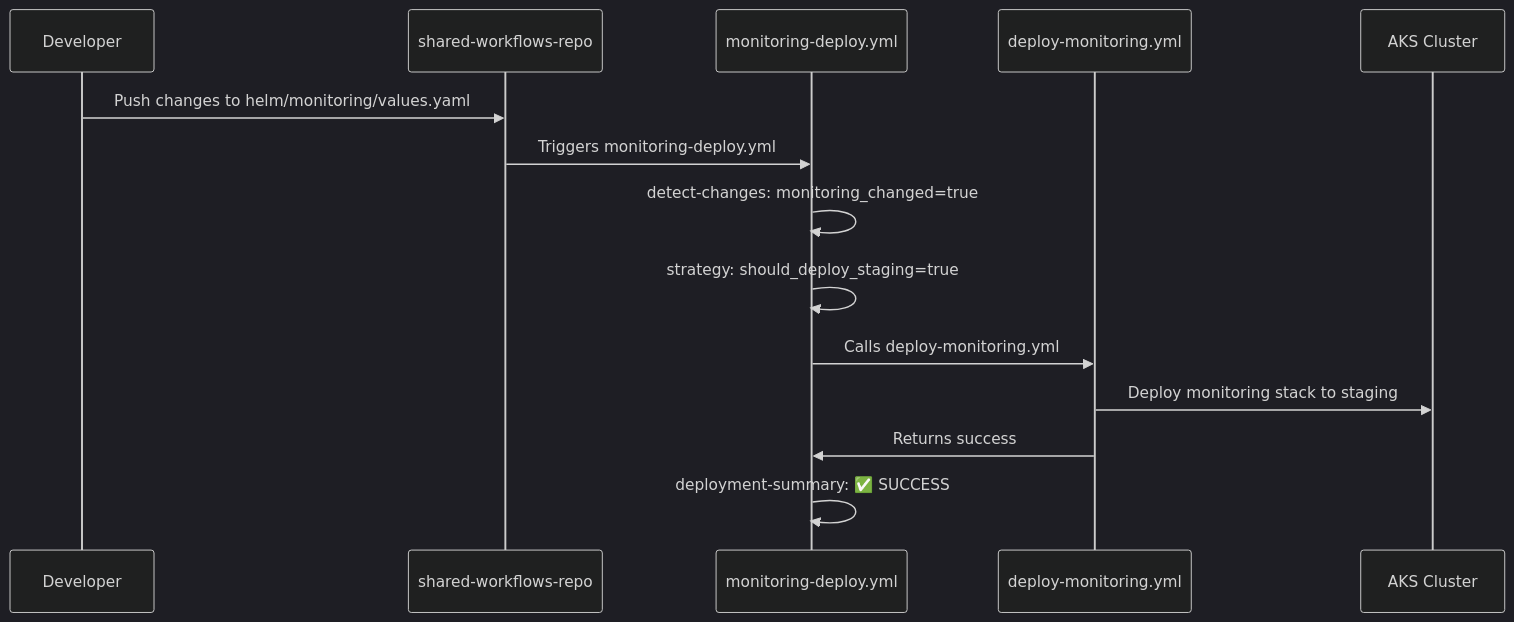
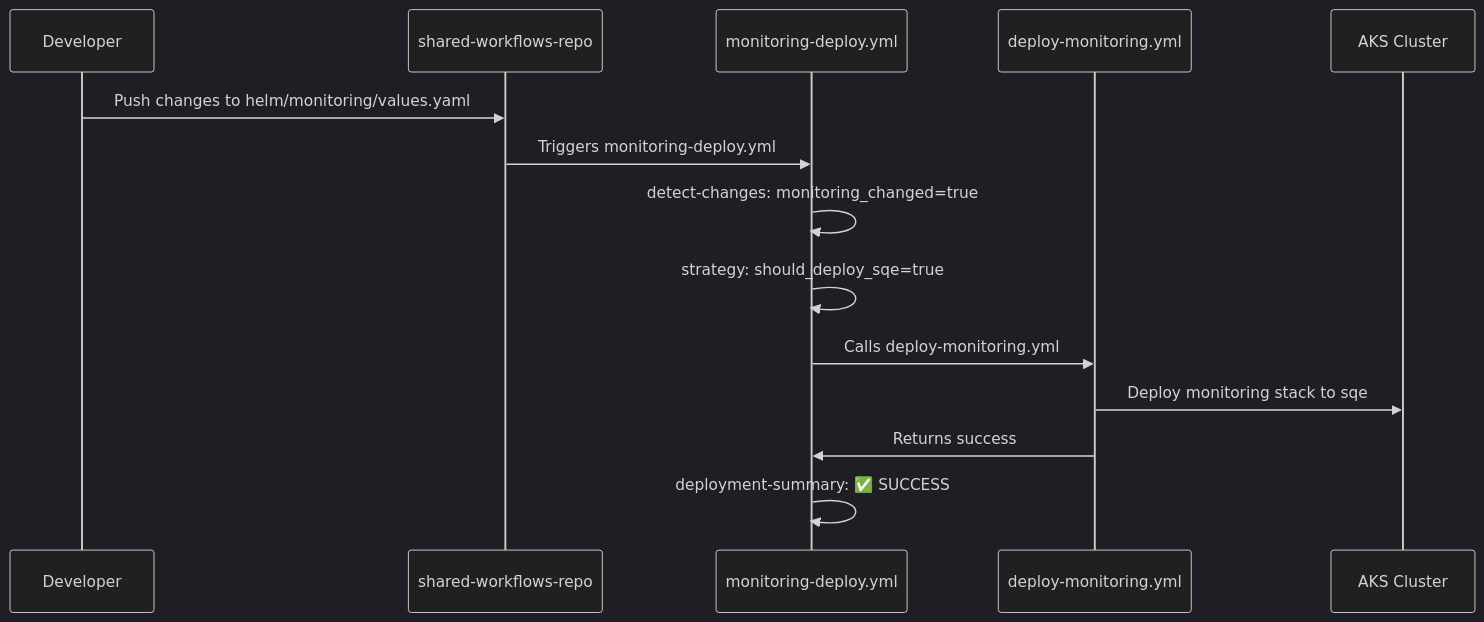
Diagram 12 of 16 in docs/DEPLOYMENT_FLOWS_GUIDE.md (abhiksd/shared-workflows-testing), drawn with Mermaid (dark theme) before and after one commit. The commit also changed other lines of this file and 53 other files, not shown here.

First line of the commit message:
Comprehensive migration: Change staging to sqe across entire codebase

````diff
--- a/docs/DEPLOYMENT_FLOWS_GUIDE.md
+++ b/docs/DEPLOYMENT_FLOWS_GUIDE.md
@@ -570,17 +570,17 @@
 ```mermaid
 sequenceDiagram
     participant Dev as Developer
     participant Shared as shared-workflows-repo
     participant Monitor as monitoring-deploy.yml
     participant Deploy as deploy-monitoring.yml
     participant AKS as AKS Cluster
     
     Dev->>Shared: Push changes to helm/monitoring/values.yaml
     Shared->>Monitor: Triggers monitoring-deploy.yml
     Monitor->>Monitor: detect-changes: monitoring_changed=true
-    Monitor->>Monitor: strategy: should_deploy_staging=true
+    Monitor->>Monitor: strategy: should_deploy_sqe=true
     Monitor->>Deploy: Calls deploy-monitoring.yml
-    Deploy->>AKS: Deploy monitoring stack to staging
+    Deploy->>AKS: Deploy monitoring stack to sqe
     Deploy->>Monitor: Returns success
     Monitor->>Monitor: deployment-summary: ✅ SUCCESS
 ```
````
